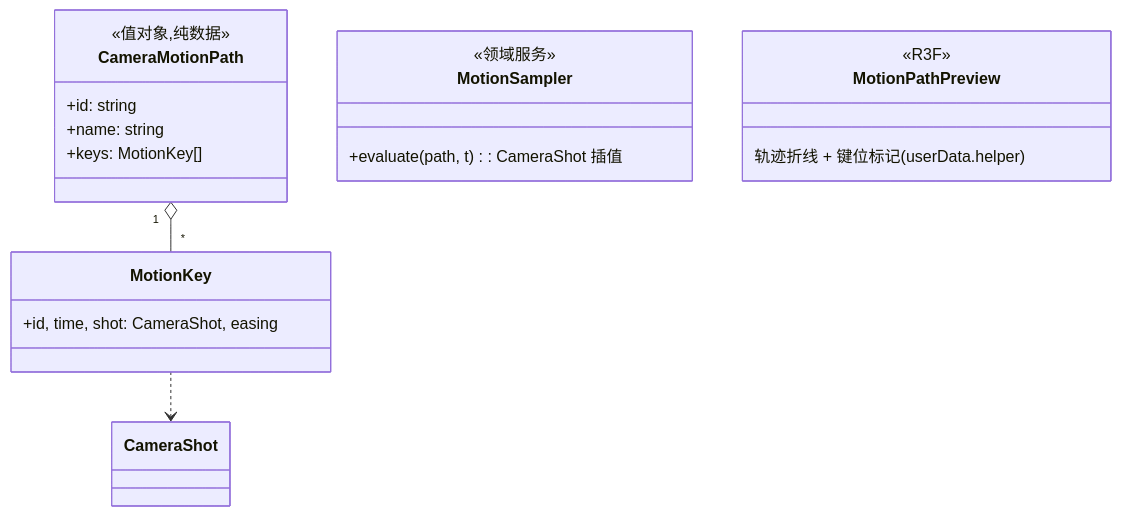
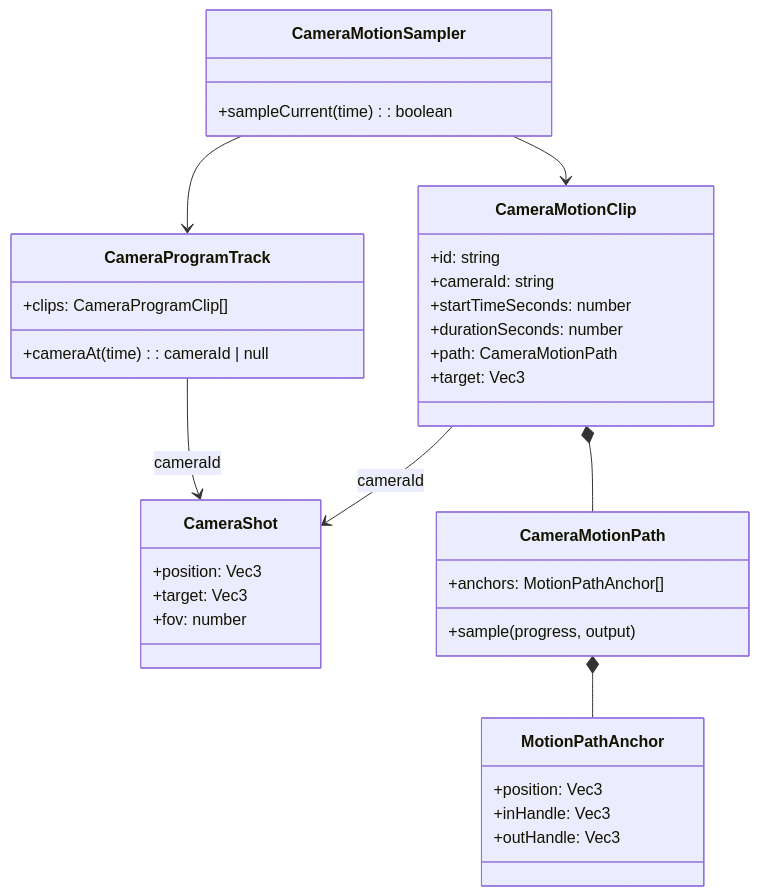
Before and after one commit to amwyygyuge/3d-director-desk: the first of 2 diagrams in docs/exec2/02-camera-motion.md, drawn with Mermaid. The commit also changed other lines of this file and 1 other file, not shown here.

Commit message:
feat: author bezier camera paths

````diff
--- a/docs/exec2/02-camera-motion.md
+++ b/docs/exec2/02-camera-motion.md
@@ -14,22 +15,38 @@
 ```mermaid
 classDiagram
+    class CameraShot {
+        +position: Vec3
+        +target: Vec3
+        +fov: number
+    }
+    class CameraMotionClip {
+        +id: string
+        +cameraId: string
+        +startTimeSeconds: number
+        +durationSeconds: number
+        +path: CameraMotionPath
+        +target: Vec3
+    }
     class CameraMotionPath {
-        <<值对象,纯数据>>
-        +id: string
-        +name: string
-        +keys: MotionKey[]
+        +anchors: MotionPathAnchor[]
+        +sample(progress, output)
     }
-    class MotionKey {
-        +id, time, shot: CameraShot, easing
+    class MotionPathAnchor {
+        +position: Vec3
+        +inHandle: Vec3
+        +outHandle: Vec3
     }
-    class MotionSampler {
-        <<领域服务>>
-        +evaluate(path, t): CameraShot 插值
+    class CameraProgramTrack {
+        +clips: CameraProgramClip[]
+        +cameraAt(time): cameraId | null
     }
-    class MotionPathPreview {
-        <<R3F>>
-        轨迹折线 + 键位标记(userData.helper)
+    class CameraMotionSampler {
+        +sampleCurrent(time): boolean
     }
-    CameraMotionPath "1" o-- "*" MotionKey
-    MotionKey ..> CameraShot
+    CameraMotionClip --> CameraShot : cameraId
+    CameraMotionClip *-- CameraMotionPath
+    CameraMotionPath *-- MotionPathAnchor
+    CameraProgramTrack --> CameraShot : cameraId
+    CameraMotionSampler --> CameraMotionClip
+    CameraMotionSampler --> CameraProgramTrack
 ```
````
